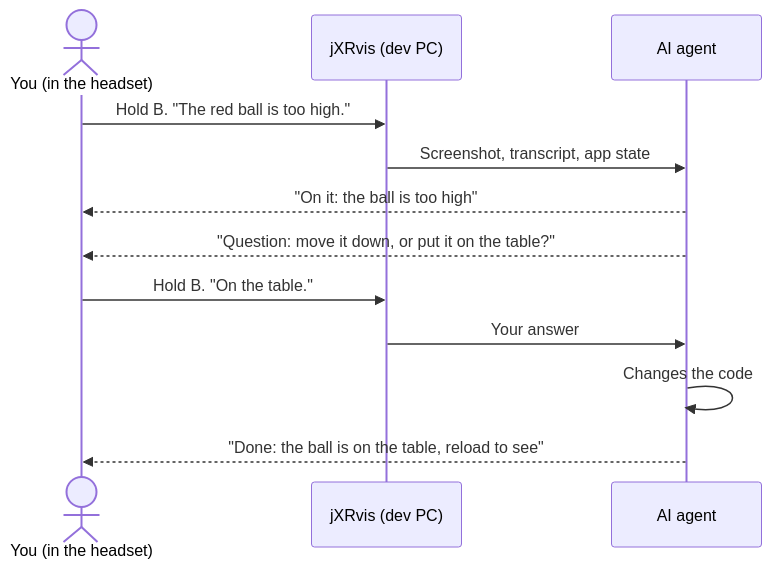
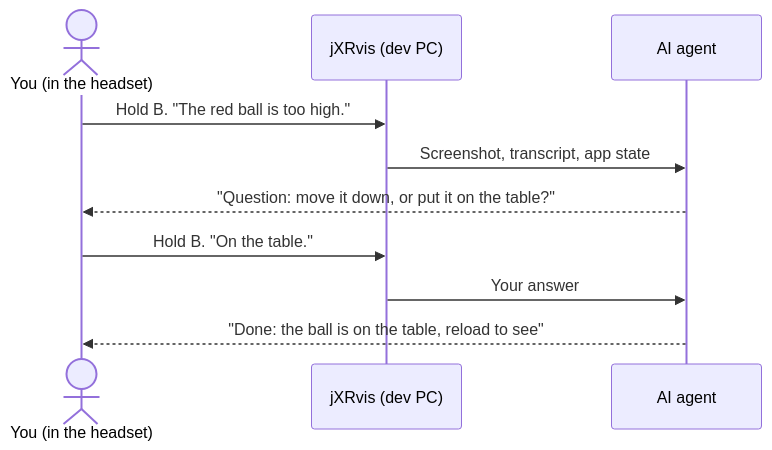
Before and after one commit to e-mric/jxrvis: the diagram in README.md, drawn with Mermaid. The commit also changed other lines of this file and 1 other file, not shown here.

````diff
--- a/README.md
+++ b/README.md
@@ -13,14 +126,12 @@
 ```mermaid
 sequenceDiagram
   actor You as You (in the headset)
   participant PC as jXRvis (dev PC)
   participant Agent as AI agent
   You->>PC: Hold B. "The red ball is too high."
   PC->>Agent: Screenshot, transcript, app state
-  Agent-->>You: "On it: the ball is too high"
   Agent-->>You: "Question: move it down, or put it on the table?"
   You->>PC: Hold B. "On the table."
   PC->>Agent: Your answer
-  Agent->>Agent: Changes the code
   Agent-->>You: "Done: the ball is on the table, reload to see"
 ```
````
